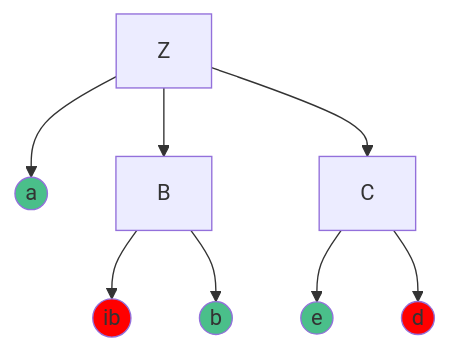
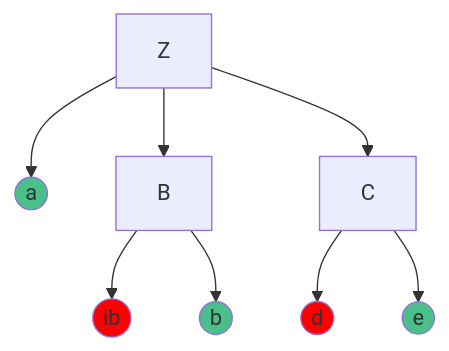
One commit to widcardw/my-notes changed the diagram in docs/编译原理/s04_自顶向下的语法分析.md. Above: the diagram before and after it, drawn with Mermaid. The commit also changed other lines of this file and 6 other files, not shown here.

````diff
--- a/docs/编译原理/s04_自顶向下的语法分析.md
+++ b/docs/编译原理/s04_自顶向下的语法分析.md
@@ -25,17 +25,17 @@
 ```mermaid
 graph TD
 Z[Z]-->a((a))
 Z-->B[B]-->ib((ib))
 B-->b((b))
-Z-->C[C]-->e((e))
-C-->d((d))
+Z-->C[C]-->d((d))
+C-->e((e))
 
 class a suc
 class d err;
 class b suc;
 class ib err;
 class e suc;
 
 classDef err fill:#ff0000;
 classDef suc fill:#4ABF8A;
 ```
````
